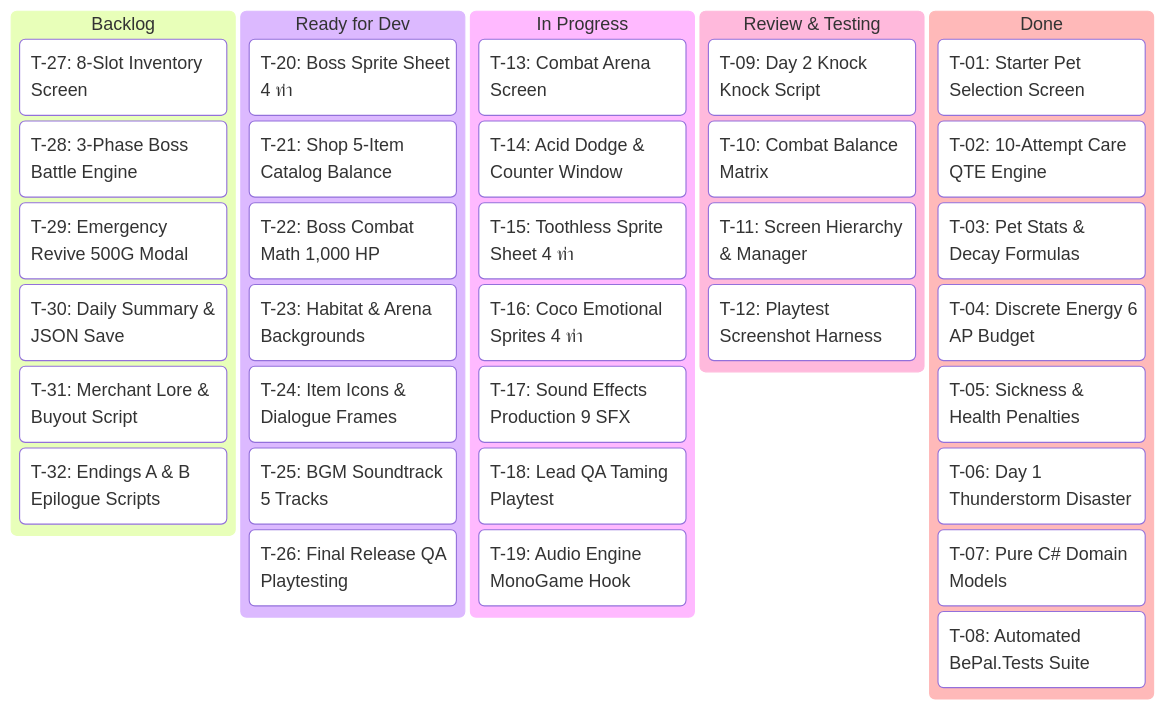
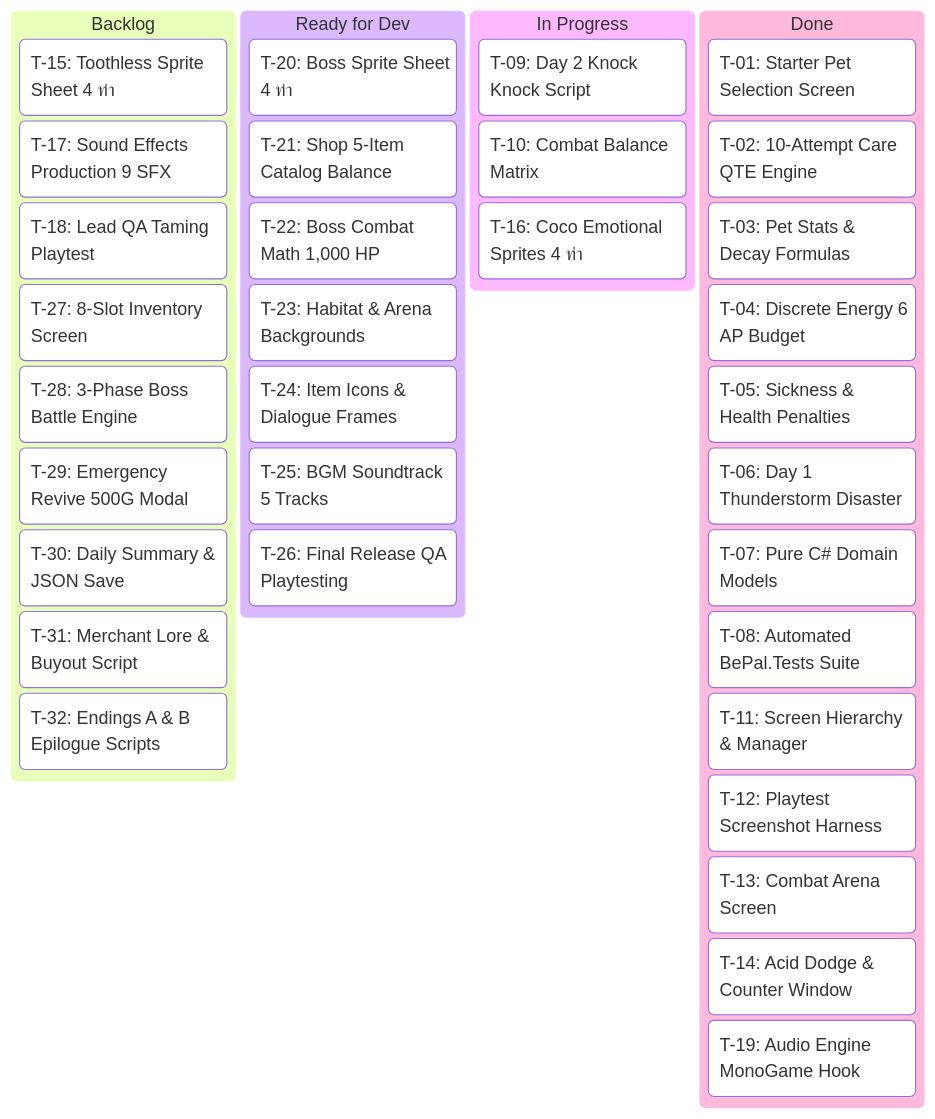
The second of 2 diagrams in BEPAL/Docs/NewAgile/03-kanban-board.md (SShoww/Your-Story), drawn with Mermaid before and after one commit. The commit also changed other lines of this file and 11 other files, not shown here.

````diff
--- a/BEPAL/Docs/NewAgile/03-kanban-board.md
+++ b/BEPAL/Docs/NewAgile/03-kanban-board.md
@@ -57,40 +59,39 @@
 ```mermaid
 kanban
     Backlog
+        [T-15: Toothless Sprite Sheet 4 ท่า]
+        [T-17: Sound Effects Production 9 SFX]
+        [T-18: Lead QA Taming Playtest]
         [T-27: 8-Slot Inventory Screen]
         [T-28: 3-Phase Boss Battle Engine]
         [T-29: Emergency Revive 500G Modal]
         [T-30: Daily Summary & JSON Save]
         [T-31: Merchant Lore & Buyout Script]
         [T-32: Endings A & B Epilogue Scripts]
     Ready for Dev
         [T-20: Boss Sprite Sheet 4 ท่า]
         [T-21: Shop 5-Item Catalog Balance]
         [T-22: Boss Combat Math 1,000 HP]
         [T-23: Habitat & Arena Backgrounds]
         [T-24: Item Icons & Dialogue Frames]
         [T-25: BGM Soundtrack 5 Tracks]
         [T-26: Final Release QA Playtesting]
     In Progress
-        [T-13: Combat Arena Screen]
-        [T-14: Acid Dodge & Counter Window]
-        [T-15: Toothless Sprite Sheet 4 ท่า]
-        [T-16: Coco Emotional Sprites 4 ท่า]
-        [T-17: Sound Effects Production 9 SFX]
-        [T-18: Lead QA Taming Playtest]
-        [T-19: Audio Engine MonoGame Hook]
-    Review & Testing
         [T-09: Day 2 Knock Knock Script]
         [T-10: Combat Balance Matrix]
-        [T-11: Screen Hierarchy & Manager]
-        [T-12: Playtest Screenshot Harness]
+        [T-16: Coco Emotional Sprites 4 ท่า]
     Done
         [T-01: Starter Pet Selection Screen]
         [T-02: 10-Attempt Care QTE Engine]
         [T-03: Pet Stats & Decay Formulas]
         [T-04: Discrete Energy 6 AP Budget]
         [T-05: Sickness & Health Penalties]
         [T-06: Day 1 Thunderstorm Disaster]
         [T-07: Pure C# Domain Models]
         [T-08: Automated BePal.Tests Suite]
+        [T-11: Screen Hierarchy & Manager]
+        [T-12: Playtest Screenshot Harness]
+        [T-13: Combat Arena Screen]
+        [T-14: Acid Dodge & Counter Window]
+        [T-19: Audio Engine MonoGame Hook]
 ```
````
